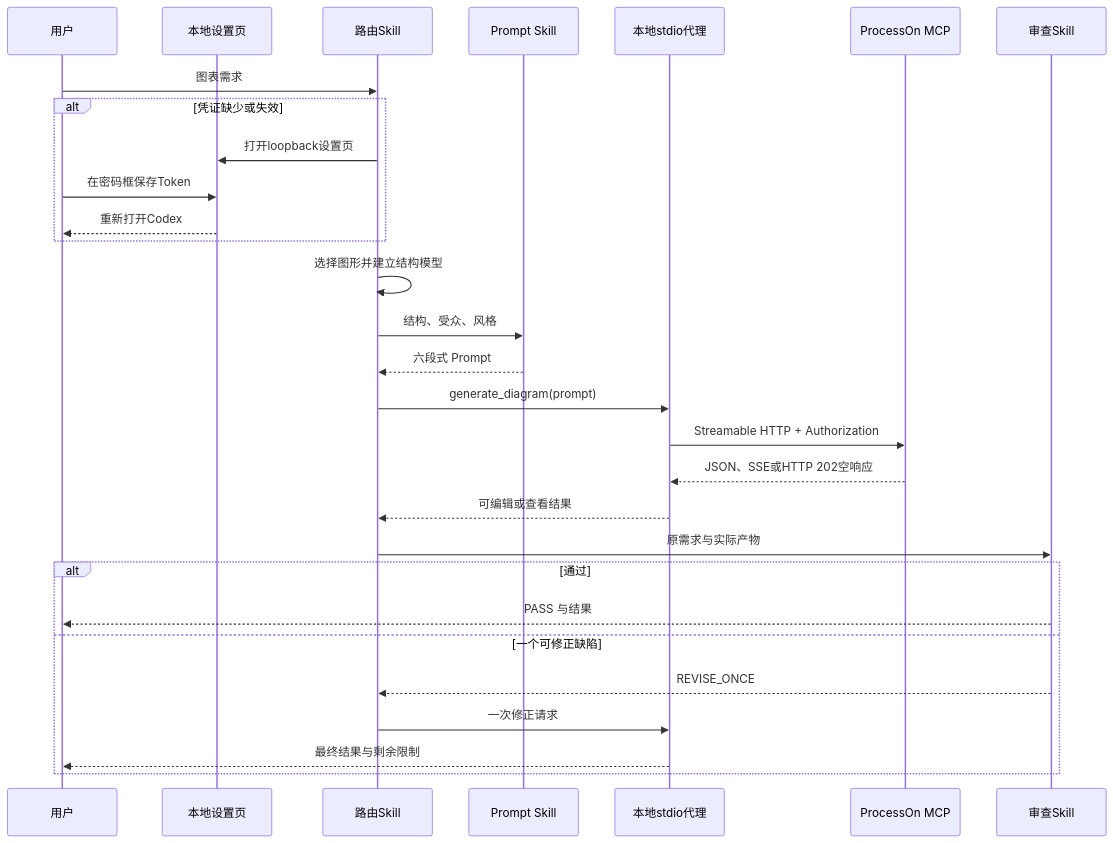
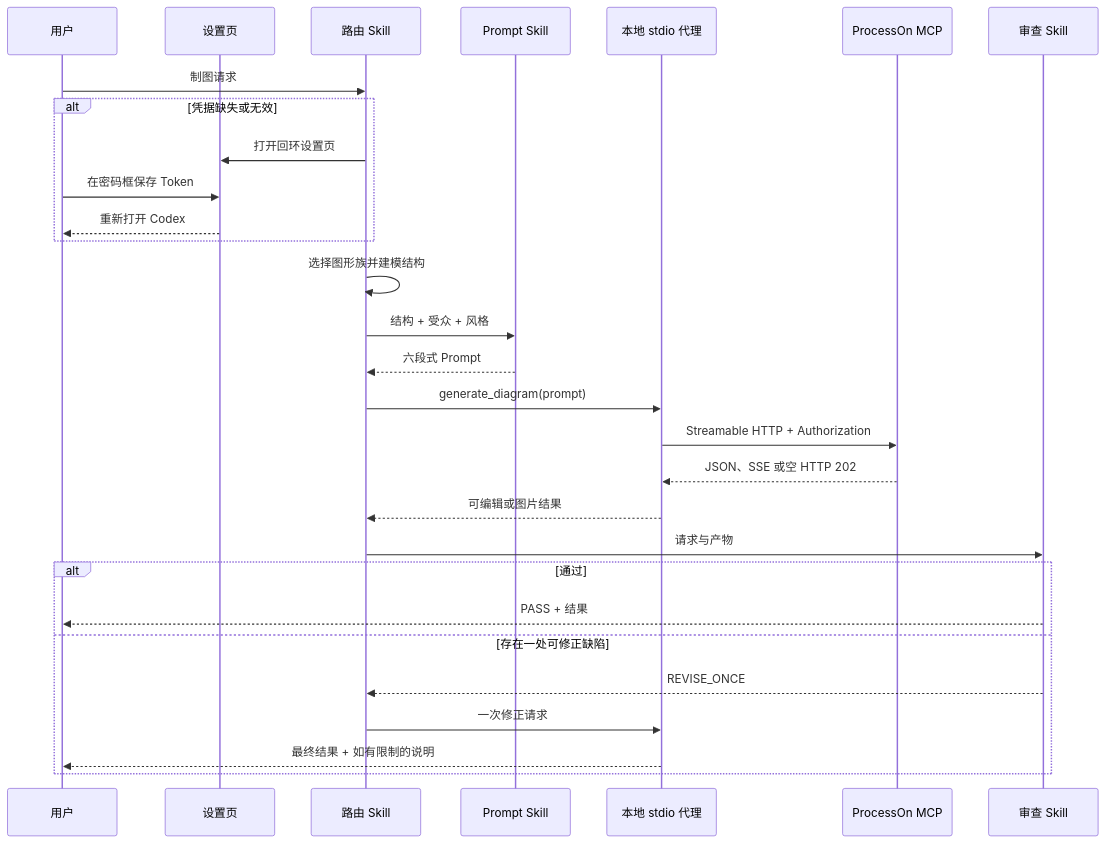
One commit to full-stack-plugins/partme-processon-plugin changed the diagram in docs/Codex-ProcessOn-Plugin-Technical-Solution.zh_CN.md. Above: the diagram before and after it, drawn with Mermaid. The commit also changed other lines of this file and 3 other files, not shown here.

First line of the commit message:
docs: restructure the architecture and solution pairs

````diff
--- a/docs/Codex-ProcessOn-Plugin-Technical-Solution.zh_CN.md
+++ b/docs/Codex-ProcessOn-Plugin-Technical-Solution.zh_CN.md
@@ -9,31 +40,31 @@
 ```mermaid
 sequenceDiagram
     participant U as 用户
-    participant S as 本地设置页
-    participant R as 路由Skill
+    participant S as 设置页
+    participant R as 路由 Skill
     participant P as Prompt Skill
-    participant X as 本地stdio代理
+    participant X as 本地 stdio 代理
     participant M as ProcessOn MCP
-    participant Q as 审查Skill
-    U->>R: 图表需求
-    alt 凭证缺少或失效
-        R->>S: 打开loopback设置页
-        U->>S: 在密码框保存Token
-        S-->>U: 重新打开Codex
+    participant Q as 审查 Skill
+    U->>R: 制图请求
+    alt 凭据缺失或无效
+        R->>S: 打开回环设置页
+        U->>S: 在密码框保存 Token
+        S-->>U: 重新打开 Codex
     end
-    R->>R: 选择图形并建立结构模型
-    R->>P: 结构、受众、风格
+    R->>R: 选择图形族并建模结构
+    R->>P: 结构 + 受众 + 风格
     P-->>R: 六段式 Prompt
     R->>X: generate_diagram(prompt)
     X->>M: Streamable HTTP + Authorization
-    M-->>X: JSON、SSE或HTTP 202空响应
-    X-->>R: 可编辑或查看结果
-    R->>Q: 原需求与实际产物
+    M-->>X: JSON、SSE 或空 HTTP 202
+    X-->>R: 可编辑或图片结果
+    R->>Q: 请求与产物
     alt 通过
-        Q-->>U: PASS 与结果
-    else 一个可修正缺陷
+        Q-->>U: PASS + 结果
+    else 存在一处可修正缺陷
         Q-->>R: REVISE_ONCE
         R->>X: 一次修正请求
-        X-->>U: 最终结果与剩余限制
+        X-->>U: 最终结果 + 如有限制的说明
     end
 ```
````
